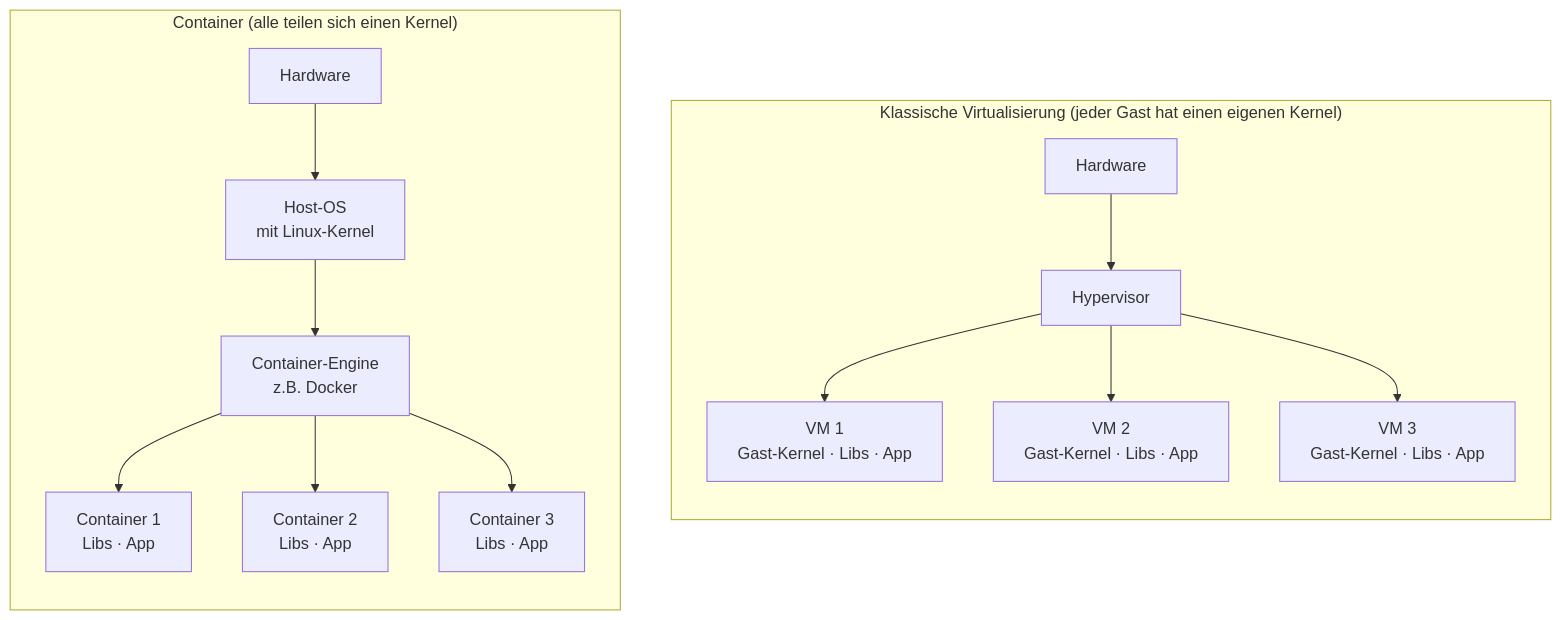
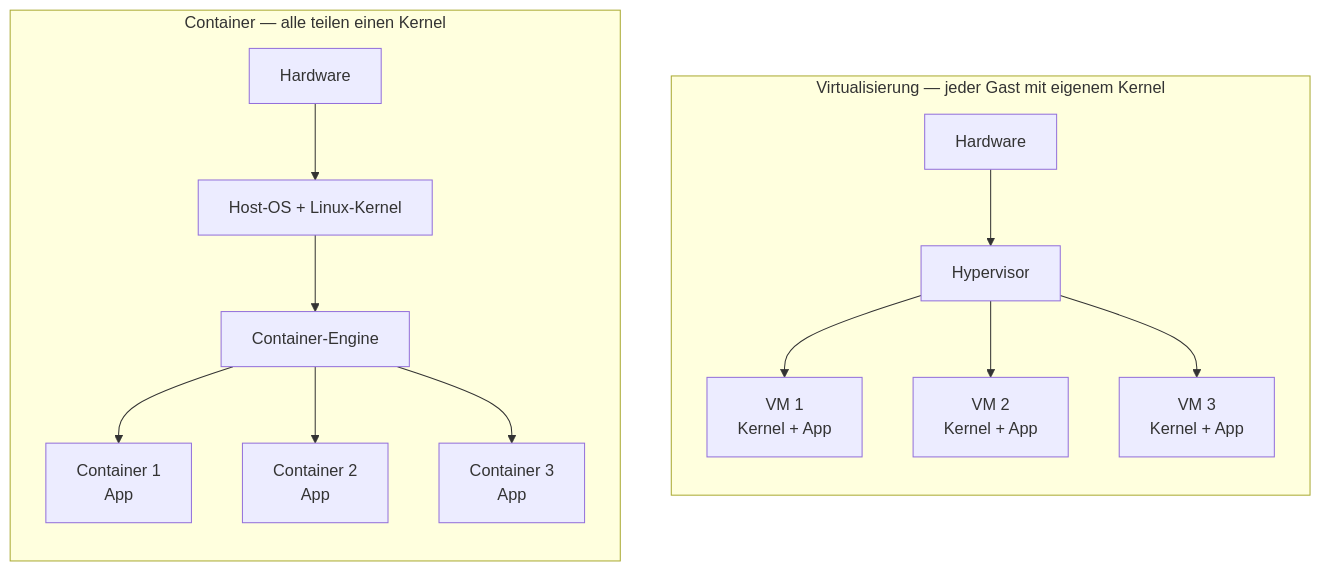
One commit to JacobMenge/kurs-unterlagen changed the diagram in docs/docker/container-vs-vm.md. Above: the diagram before and after it, drawn with Mermaid. The commit also changed 3 other files, not shown here.

First line of the commit message:
Diagramm-Feinschliff: Labels gekürzt für bessere Lesbarkeit

````diff
--- a/docs/docker/container-vs-vm.md
+++ b/docs/docker/container-vs-vm.md
@@ -28,30 +28,30 @@
 ```mermaid
 flowchart TB
-  subgraph VMS["Klassische Virtualisierung (jeder Gast hat einen eigenen Kernel)"]
+  subgraph VMS["Virtualisierung — jeder Gast mit eigenem Kernel"]
     direction TB
     HW1["Hardware"]
     HV["Hypervisor"]
-    VM1["VM 1<br/>Gast-Kernel · Libs · App"]
-    VM2["VM 2<br/>Gast-Kernel · Libs · App"]
-    VM3["VM 3<br/>Gast-Kernel · Libs · App"]
+    VM1["VM 1<br/>Kernel + App"]
+    VM2["VM 2<br/>Kernel + App"]
+    VM3["VM 3<br/>Kernel + App"]
     HW1 --> HV
     HV --> VM1
     HV --> VM2
     HV --> VM3
   end
 
-  subgraph CTS["Container (alle teilen sich einen Kernel)"]
+  subgraph CTS["Container — alle teilen einen Kernel"]
     direction TB
     HW2["Hardware"]
-    HK["Host-OS<br/>mit Linux-Kernel"]
-    DE["Container-Engine<br/>z.B. Docker"]
-    C1["Container 1<br/>Libs · App"]
-    C2["Container 2<br/>Libs · App"]
-    C3["Container 3<br/>Libs · App"]
+    HK["Host-OS + Linux-Kernel"]
+    DE["Container-Engine"]
+    C1["Container 1<br/>App"]
+    C2["Container 2<br/>App"]
+    C3["Container 3<br/>App"]
     HW2 --> HK
     HK --> DE
     DE --> C1
     DE --> C2
     DE --> C3
   end
 ```
````
